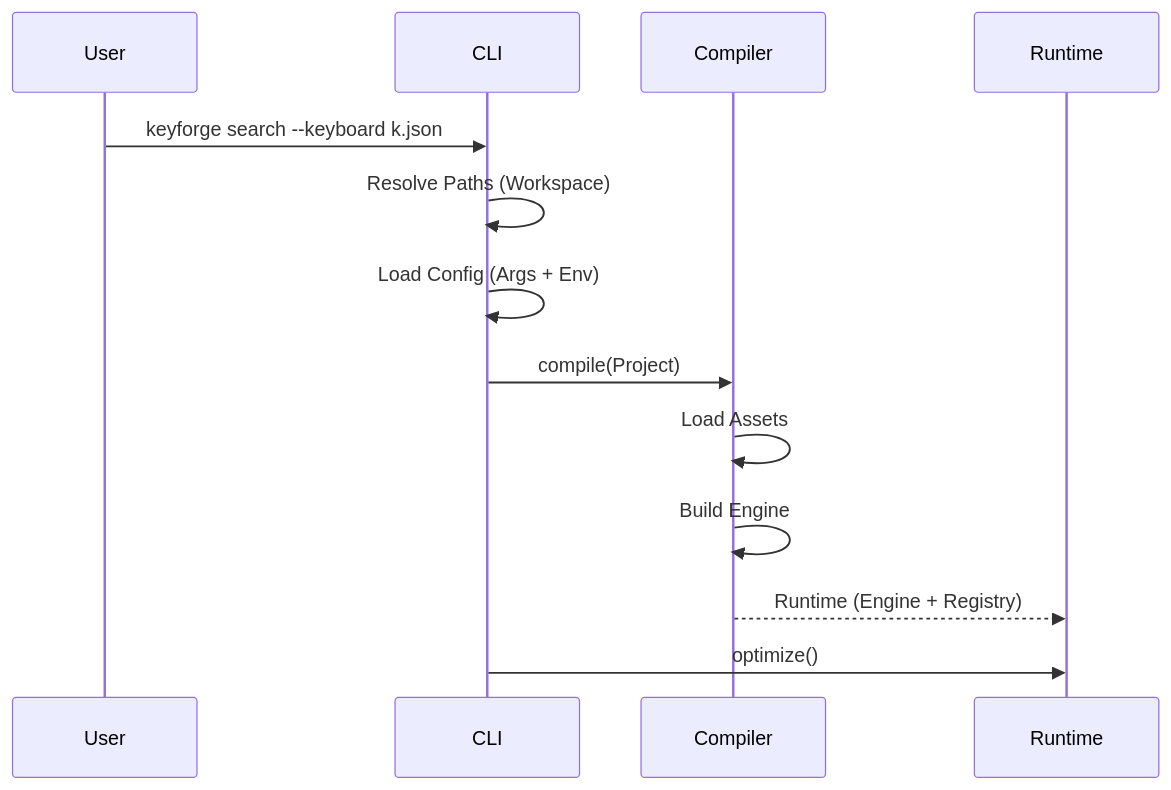
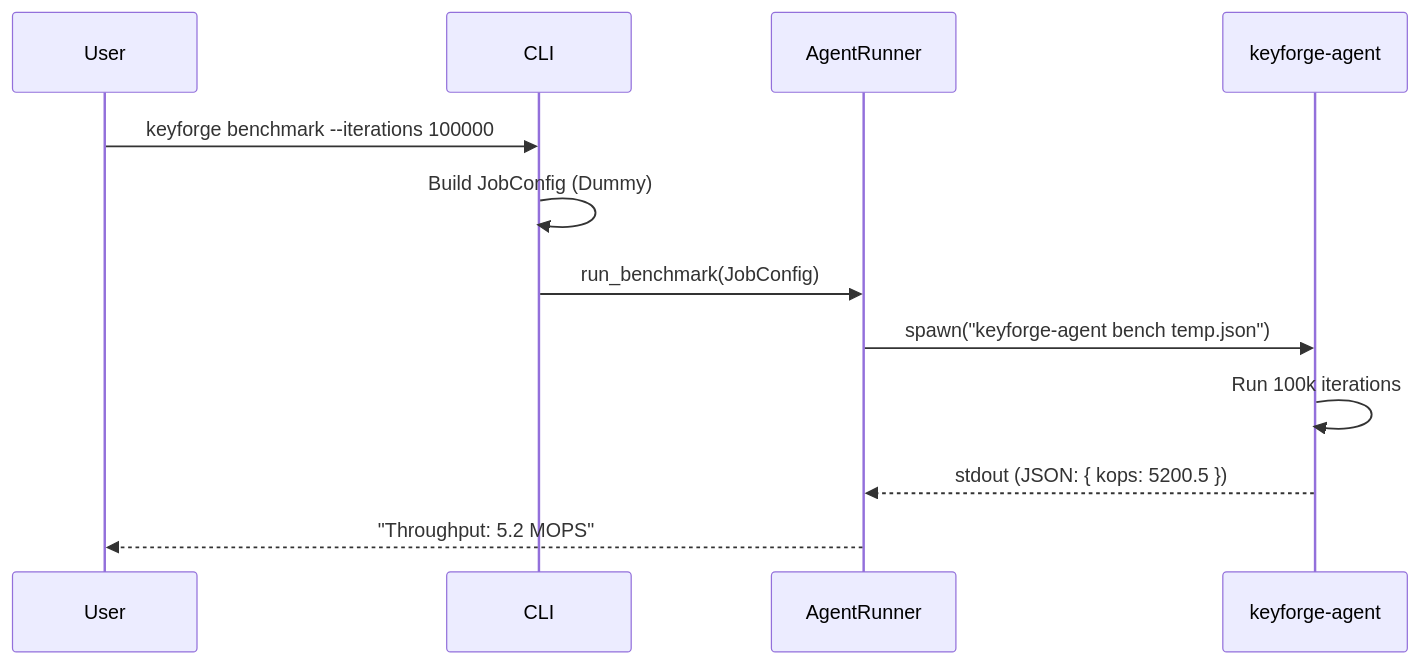
One commit to infodungeon/keyforge changed the fifth of 8 diagrams in docs/design/keyforge-cli/README.md. Above: the diagram before and after it, drawn with Mermaid. The commit also changed other lines of this file and 14 other files, not shown here.

````diff
--- a/docs/design/keyforge-cli/README.md
+++ b/docs/design/keyforge-cli/README.md
@@ -15,20 +120,16 @@
 ```mermaid
 sequenceDiagram
     participant User
     participant CLI
-    participant Compiler
-    participant Runtime
+    participant Runner as AgentRunner
+    participant Agent as keyforge-agent
 
-    User->>CLI: keyforge search --keyboard k.json
+    User->>CLI: keyforge benchmark --iterations 100000
+    CLI->>CLI: Build JobConfig (Dummy)
+    CLI->>Runner: run_benchmark(JobConfig)
     
-    CLI->>CLI: Resolve Paths (Workspace)
-    CLI->>CLI: Load Config (Args + Env)
-    
-    CLI->>Compiler: compile(Project)
-    Compiler->>Compiler: Load Assets
-    Compiler->>Compiler: Build Engine
-    
-    Compiler-->>Runtime: Runtime (Engine + Registry)
-    
-    CLI->>Runtime: optimize()
+    Runner->>Agent: spawn("keyforge-agent bench temp.json")
+    Agent->>Agent: Run 100k iterations
+    Agent-->>Runner: stdout (JSON: { kops: 5200.5 })
+    Runner-->>User: "Throughput: 5.2 MOPS"
 ```
````
